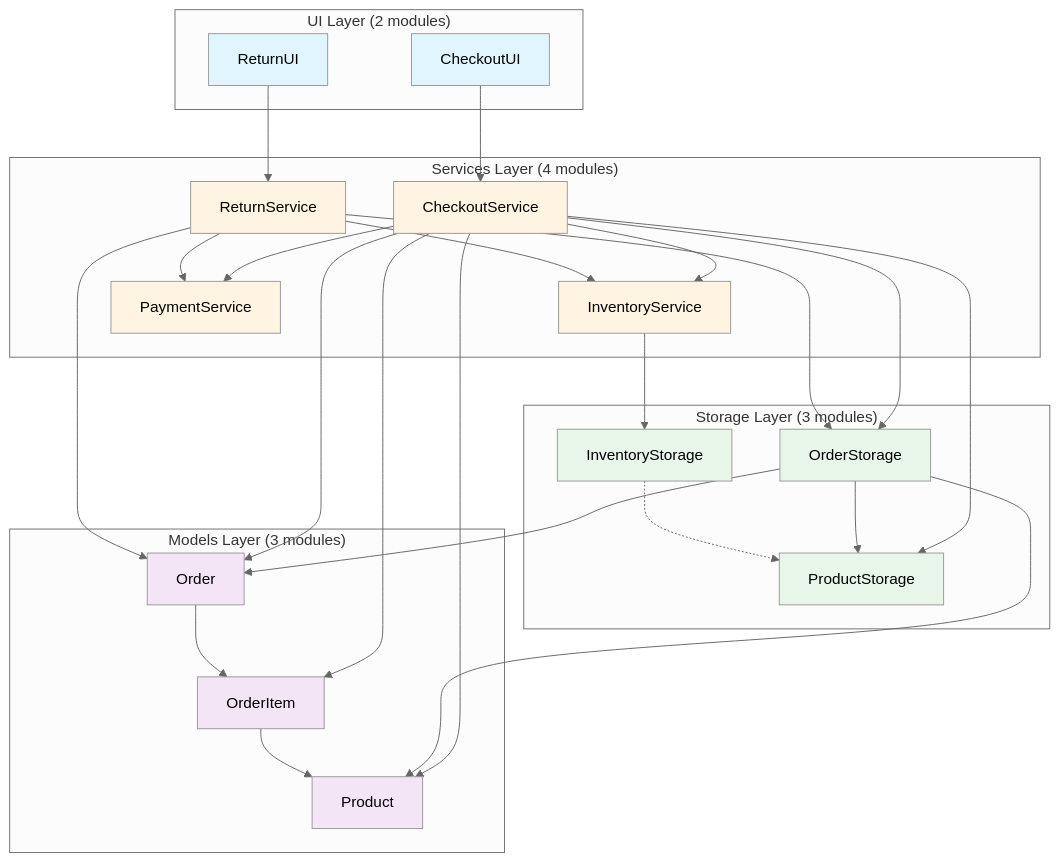
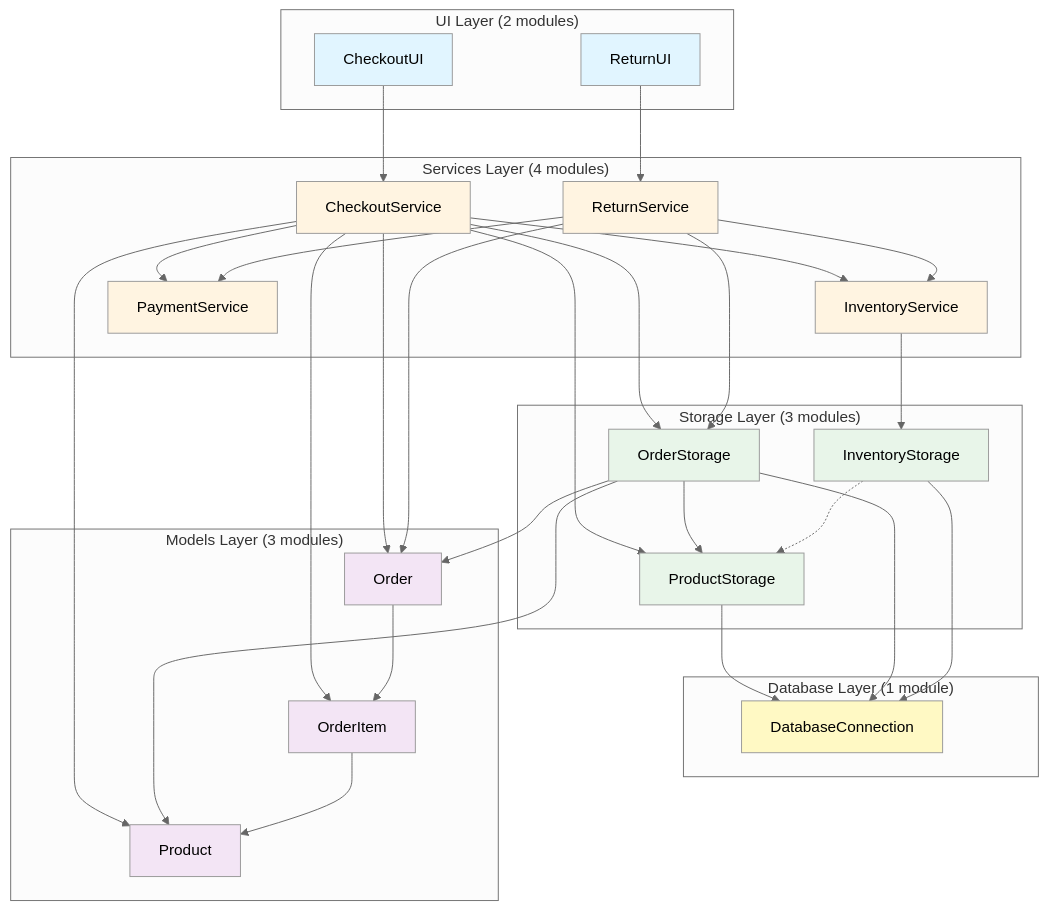
The diagram in UML_Package_Diagram_Mermaid.md (xiaofeijie/POS_System), drawn with Mermaid (neutral theme) before and after one commit. The commit also changed other lines of this file and 16 other files, not shown here.

First line of the commit message:
Upgrade to SQLite database system and update UML diagrams

````diff
--- a/UML_Package_Diagram_Mermaid.md
+++ b/UML_Package_Diagram_Mermaid.md
@@ -5,65 +5,73 @@
 ```mermaid
 graph TB
     subgraph "UI Layer (2 modules)"
         CheckoutUI[CheckoutUI]
         ReturnUI[ReturnUI]
     end
     
     subgraph "Services Layer (4 modules)"
         CheckoutService[CheckoutService]
         ReturnService[ReturnService]
         InventoryService[InventoryService]
         PaymentService[PaymentService]
     end
     
     subgraph "Storage Layer (3 modules)"
         ProductStorage[ProductStorage]
         OrderStorage[OrderStorage]
         InventoryStorage[InventoryStorage]
+    end
+    
+    subgraph "Database Layer (1 module)"
+        DatabaseConnection[DatabaseConnection]
     end
     
     subgraph "Models Layer (3 modules)"
         Product[Product]
         Order[Order]
         OrderItem[OrderItem]
     end
     
     %% Layer dependencies
     CheckoutUI --> CheckoutService
     ReturnUI --> ReturnService
     
     CheckoutService --> ProductStorage
     CheckoutService --> OrderStorage
     CheckoutService --> InventoryService
     CheckoutService --> PaymentService
     ReturnService --> OrderStorage
     ReturnService --> InventoryService
     ReturnService --> PaymentService
     InventoryService --> InventoryStorage
     
+    ProductStorage --> DatabaseConnection
+    OrderStorage --> DatabaseConnection
     OrderStorage --> ProductStorage
+    InventoryStorage --> DatabaseConnection
     InventoryStorage -.-> ProductStorage
     
     CheckoutService --> Order
     CheckoutService --> OrderItem
     CheckoutService --> Product
     ReturnService --> Order
     OrderStorage --> Order
     OrderStorage --> Product
     
     Order --> OrderItem
     OrderItem --> Product
     
     style CheckoutUI fill:#e1f5ff
     style ReturnUI fill:#e1f5ff
     style CheckoutService fill:#fff4e1
     style ReturnService fill:#fff4e1
     style InventoryService fill:#fff4e1
     style PaymentService fill:#fff4e1
     style ProductStorage fill:#e8f5e9
     style OrderStorage fill:#e8f5e9
     style InventoryStorage fill:#e8f5e9
+    style DatabaseConnection fill:#fff9c4
     style Product fill:#f3e5f5
     style Order fill:#f3e5f5
     style OrderItem fill:#f3e5f5
 ```
````
